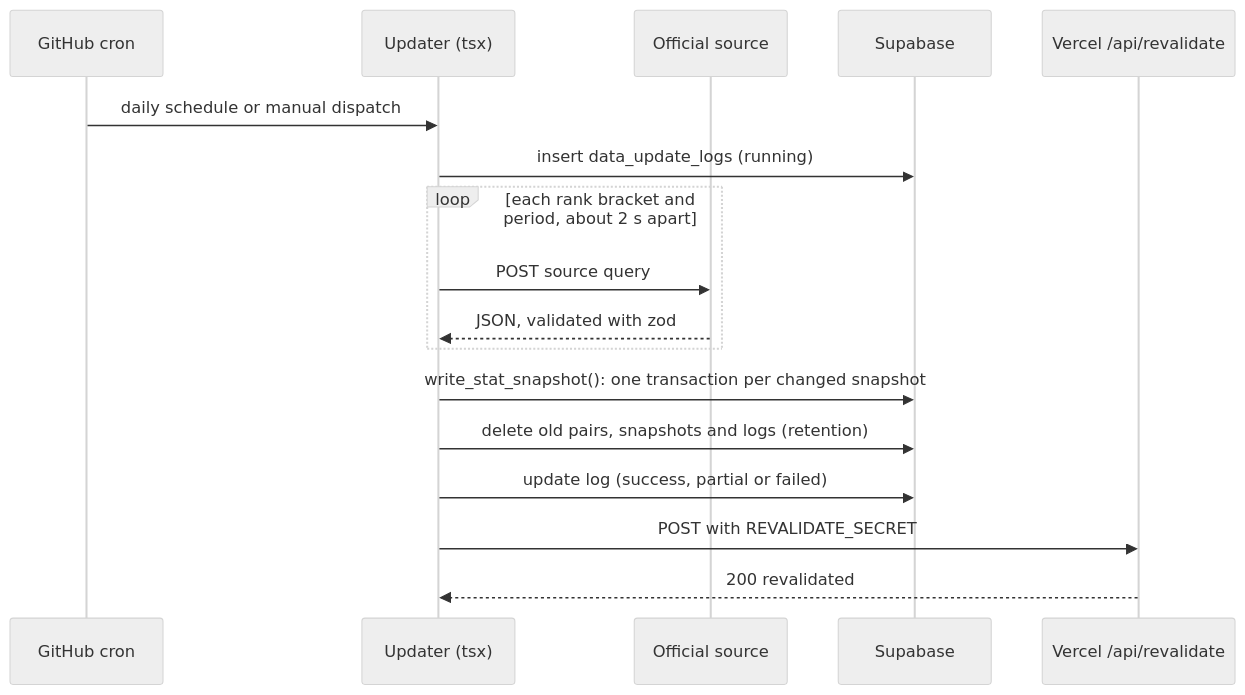
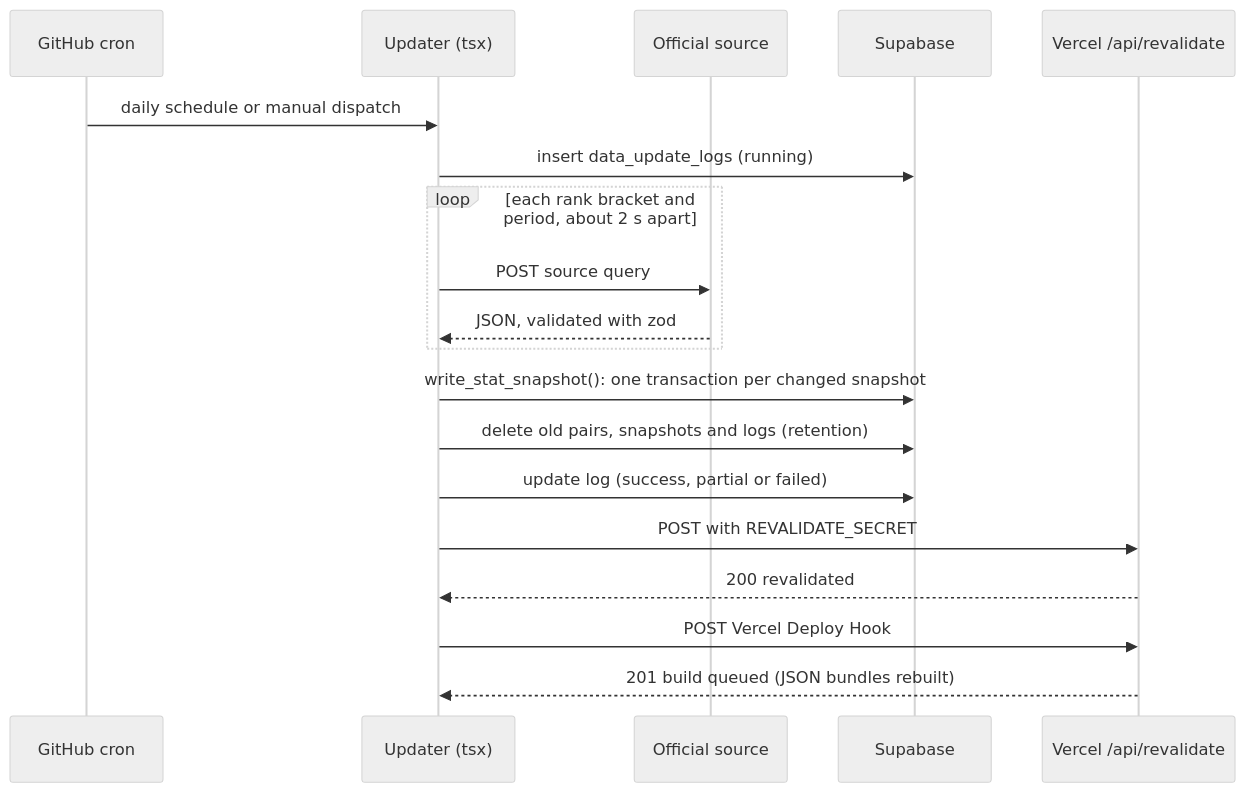
One commit to Vonfring/meta-pick-mlbb changed the third of 3 diagrams in docs/architecture.md. Above: the diagram before and after it, drawn with Mermaid (neutral theme). The commit also changed other lines of this file and 15 other files, not shown here.

````diff
--- a/docs/architecture.md
+++ b/docs/architecture.md
@@ -99,19 +100,21 @@
 ```mermaid
 sequenceDiagram
     participant C as GitHub cron
     participant U as Updater (tsx)
     participant O as Official source
     participant S as Supabase
     participant V as Vercel /api/revalidate
     C->>U: daily schedule or manual dispatch
     U->>S: insert data_update_logs (running)
     loop each rank bracket and period, about 2 s apart
         U->>O: POST source query
         O-->>U: JSON, validated with zod
     end
     U->>S: write_stat_snapshot(): one transaction per changed snapshot
     U->>S: delete old pairs, snapshots and logs (retention)
     U->>S: update log (success, partial or failed)
     U->>V: POST with REVALIDATE_SECRET
     V-->>U: 200 revalidated
+    U->>V: POST Vercel Deploy Hook
+    V-->>U: 201 build queued (JSON bundles rebuilt)
 ```
````
